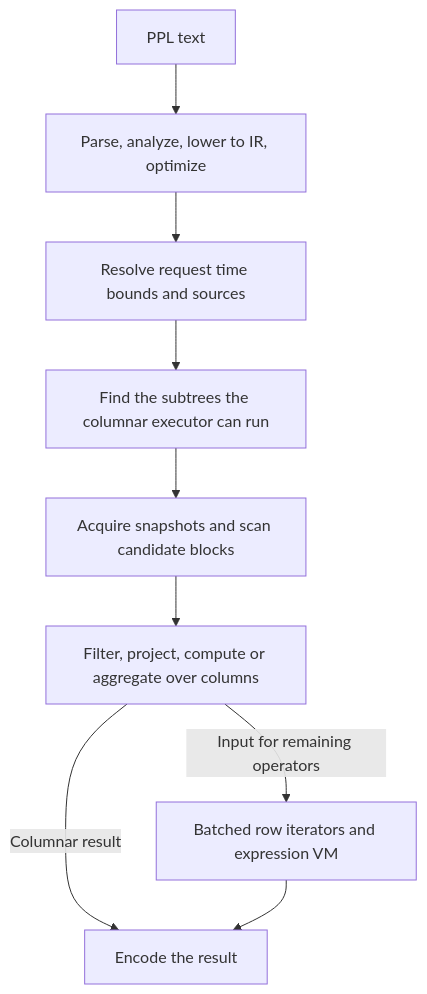
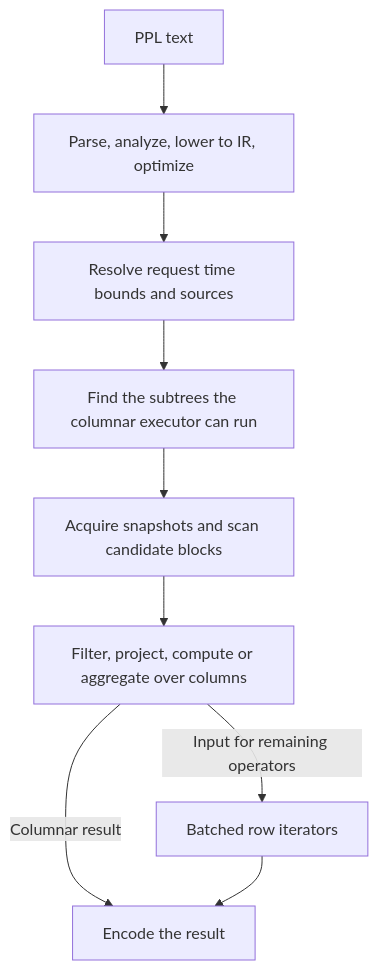
Before and after one commit to lynxbase/lynxdb: the second of 2 diagrams in docs/site/docs/architecture/overview.md, drawn with Mermaid. The commit also changed other lines of this file and 9 other files, not shown here.

Commit message:
docs: describe the row operators on the columnar executor's semantics

````diff
--- a/docs/site/docs/architecture/overview.md
+++ b/docs/site/docs/architecture/overview.md
@@ -81,11 +81,11 @@
 ```mermaid
 flowchart TD
     Text["PPL text"] --> Plan["Parse, analyze, lower to IR, optimize"]
     Plan --> Bounds["Resolve request time bounds and sources"]
     Bounds --> Choose["Find the subtrees the columnar executor can run"]
     Choose --> Scan["Acquire snapshots and scan candidate blocks"]
     Scan --> Cols["Filter, project, compute or aggregate over columns"]
     Cols -->|"Columnar result"| Encode["Encode the result"]
-    Cols -->|"Input for remaining operators"| Row["Batched row iterators and expression VM"]
+    Cols -->|"Input for remaining operators"| Row["Batched row iterators"]
     Row --> Encode
 ```
````
